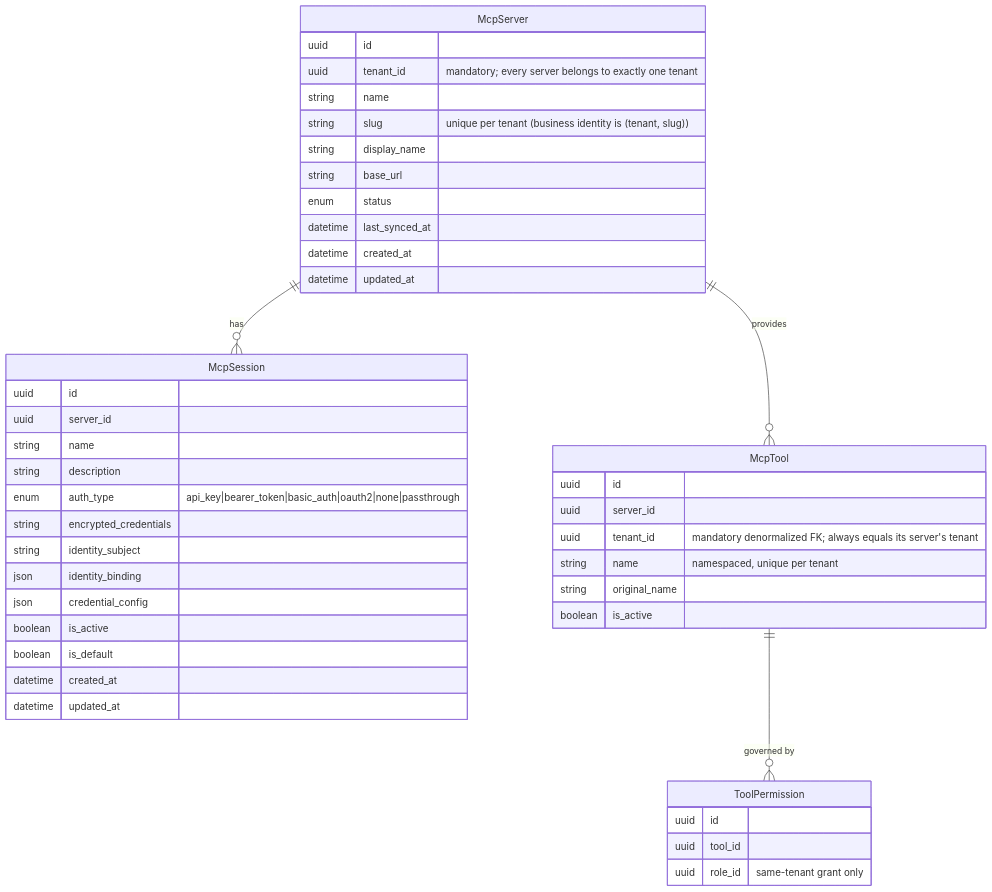
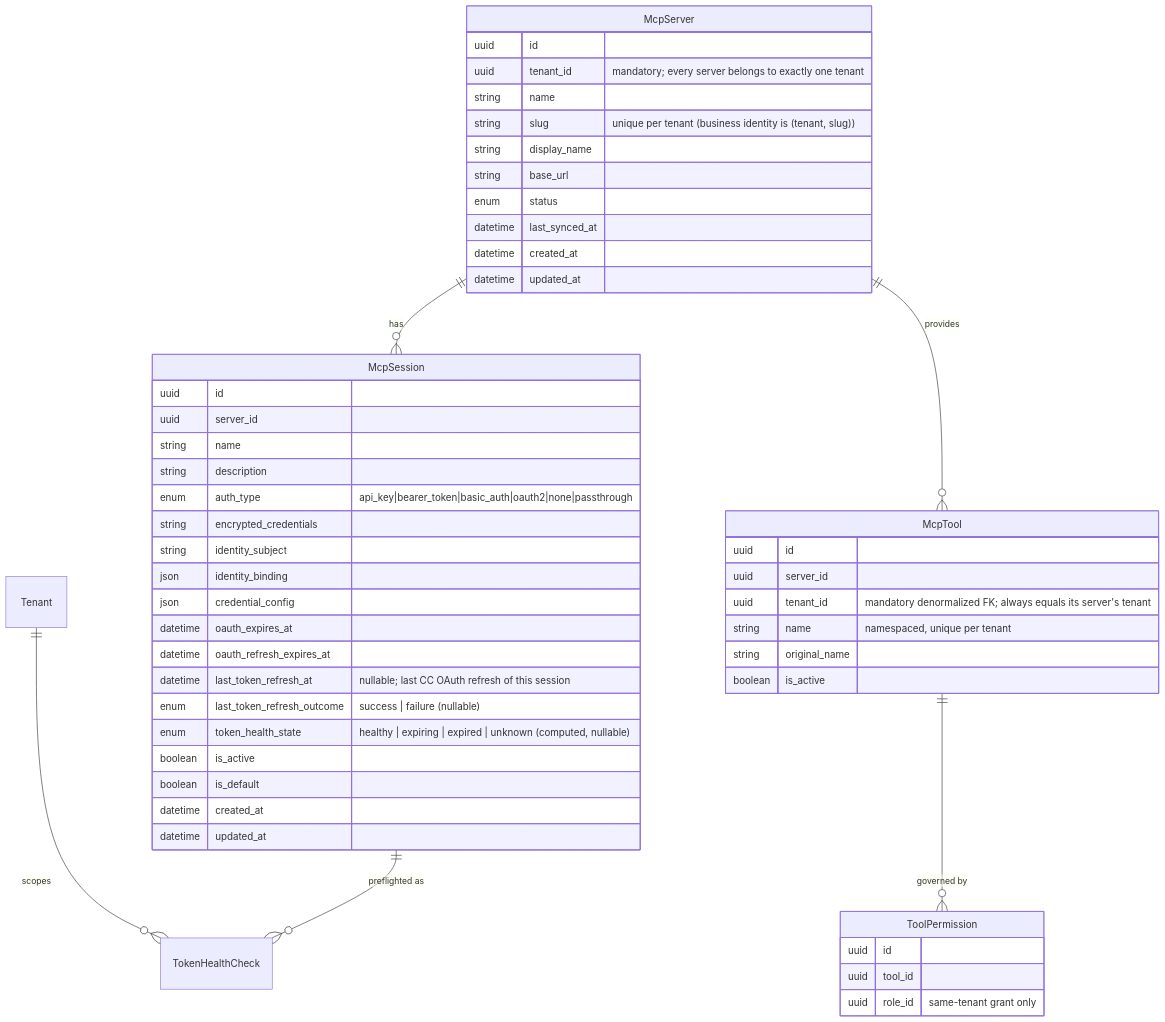
The fifth of 15 diagrams in docs/master/data-model/overview.md (hurungang/parthenon), drawn with Mermaid before and after one commit. The commit also changed other lines of this file and 181 other files, not shown here.

````diff
--- a/docs/master/data-model/overview.md
+++ b/docs/master/data-model/overview.md
@@ -353,47 +353,54 @@
 ```mermaid
 erDiagram
     McpServer {
         uuid id
         uuid tenant_id "mandatory; every server belongs to exactly one tenant"
         string name
         string slug "unique per tenant (business identity is (tenant, slug))"
         string display_name
         string base_url
         enum status
         datetime last_synced_at
         datetime created_at
         datetime updated_at
     }
     McpSession {
         uuid id
         uuid server_id
         string name
         string description
         enum auth_type "api_key|bearer_token|basic_auth|oauth2|none|passthrough"
         string encrypted_credentials
         string identity_subject
         json identity_binding
         json credential_config
+        datetime oauth_expires_at
+        datetime oauth_refresh_expires_at
+        datetime last_token_refresh_at "nullable; last CC OAuth refresh of this session"
+        enum last_token_refresh_outcome "success | failure (nullable)"
+        enum token_health_state "healthy | expiring | expired | unknown (computed, nullable)"
         boolean is_active
         boolean is_default
         datetime created_at
         datetime updated_at
     }
     McpTool {
         uuid id
         uuid server_id
         uuid tenant_id "mandatory denormalized FK; always equals its server's tenant"
         string name "namespaced, unique per tenant"
         string original_name
         boolean is_active
     }
     ToolPermission {
         uuid id
         uuid tool_id
         uuid role_id "same-tenant grant only"
     }
 
     McpServer ||--o{ McpSession : "has"
     McpServer ||--o{ McpTool : "provides"
     McpTool ||--o{ ToolPermission : "governed by"
+    Tenant ||--o{ TokenHealthCheck : "scopes"
+    McpSession ||--o{ TokenHealthCheck : "preflighted as"
 ```
````
